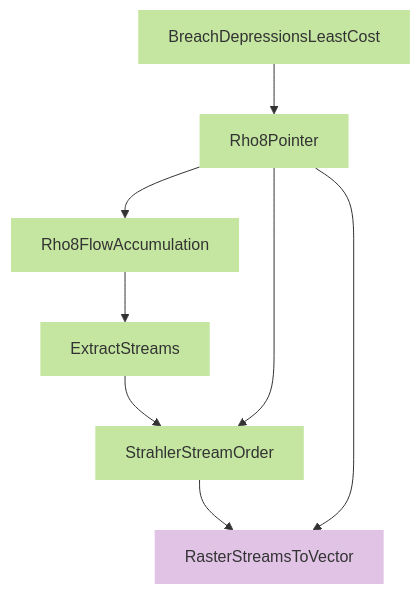
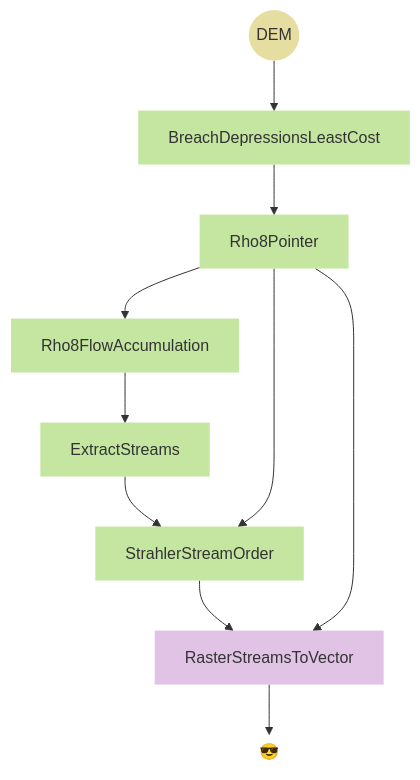
The diagram in src/challenges-wb/extract-streams.md (jeffhowarth/cartographic-modeling), drawn with Mermaid before and after one commit. The commit also changed 50 other files, not shown here.

````diff
--- a/src/challenges-wb/extract-streams.md
+++ b/src/challenges-wb/extract-streams.md
@@ -11,26 +11,34 @@
 ``` mermaid
 graph TD
+
+  00((DEM)) ;
   01[BreachDepressionsLeastCost] ;
   02[Rho8Pointer] ;
   03[Rho8FlowAccumulation] ;
   04[ExtractStreams] ;
   05[StrahlerStreamOrder] ;
   06[RasterStreamsToVector] ;
+  07((&#128526)) ;
 
+  00 --> 01
   01 --> 02 
   02 --> 03  
   03 --> 04
   04 --> 05
   02 --> 05
   05 --> 06
   02 --> 06
+  06 --> 07 
 
 
+  style 00 fill:#E6DEA1,stroke-width:0px
   style 01 fill:#C5E6A1,stroke-width:0px
   style 02 fill:#C5E6A1,stroke-width:0px
   style 03 fill:#C5E6A1,stroke-width:0px
   style 04 fill:#C5E6A1,stroke-width:0px
   style 05 fill:#C5E6A1,stroke-width:0px
   style 06 fill:#E1C3E6,stroke-width:0px
+  style 07 fill:#E6DEA100,stroke-width:0px
+
 
 ```
````
